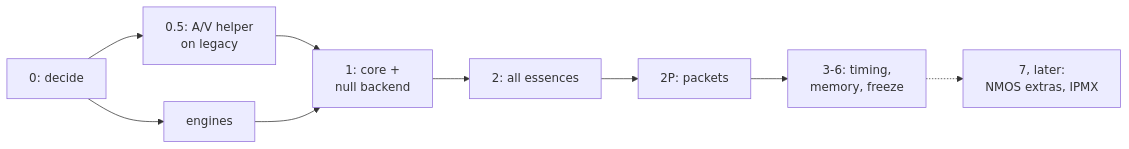
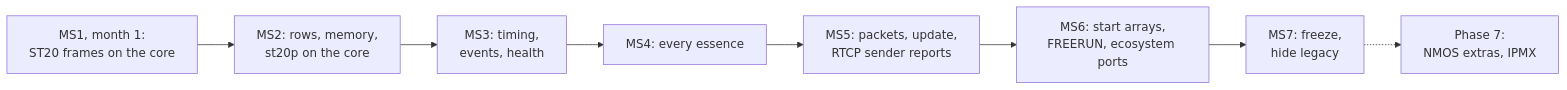
The sixth of 6 diagrams in doc/unified-api/presentation/slides.md (Sakoram/Media-Transport-Library), drawn with Mermaid before and after one commit. The commit also changed other lines of this file and 56 other files, not shown here.

````diff
--- a/doc/unified-api/presentation/slides.md
+++ b/doc/unified-api/presentation/slides.md
@@ -293,11 +349,10 @@
 ```mermaid
 flowchart LR
-    P0["0: decide"] --> P05["0.5: A/V helper<br/>on legacy"]
-    P0 --> E["engines"]
-    P05 --> P1["1: core +<br/>null backend"]
-    E --> P1
-    P1 --> P2["2: all essences"]
-    P2 --> P2P["2P: packets"]
-    P2P --> P3["3-6: timing,<br/>memory, freeze"]
-    P3 -.-> P7["7, later:<br/>NMOS extras, IPMX"]
+    MS1["MS1, month 1:<br/>ST20 frames on the core"] --> MS2["MS2: rows, memory,<br/>st20p on the core"]
+    MS2 --> MS3["MS3: timing,<br/>events, health"]
+    MS3 --> MS4["MS4: every essence"]
+    MS4 --> MS5["MS5: packets, update,<br/>RTCP sender reports"]
+    MS5 --> MS6["MS6: start arrays,<br/>FREERUN, ecosystem ports"]
+    MS6 --> MS7["MS7: freeze,<br/>hide legacy"]
+    MS7 -.-> P7["Phase 7:<br/>NMOS extras, IPMX"]
 ```
````
